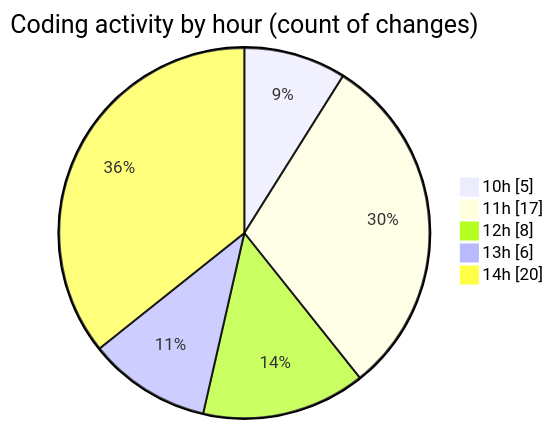
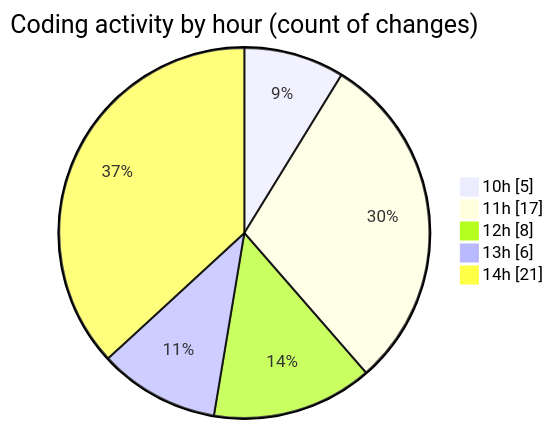
One commit to CELIANVF/code-tracking changed the second of 2 diagrams in 2025-05-05/ecodeli/README.md. Above: the diagram before and after it, drawn with Mermaid. The commit also changed other lines of this file and 1 other file, not shown here.

````diff
--- a/2025-05-05/ecodeli/README.md
+++ b/2025-05-05/ecodeli/README.md
@@ -57,9 +57,9 @@
 ```mermaid
 pie showData
 title Coding activity by hour (count of changes)
 "10h" : 5
 "11h" : 17
 "12h" : 8
 "13h" : 6
-"14h" : 20
+"14h" : 21
 ```
````
